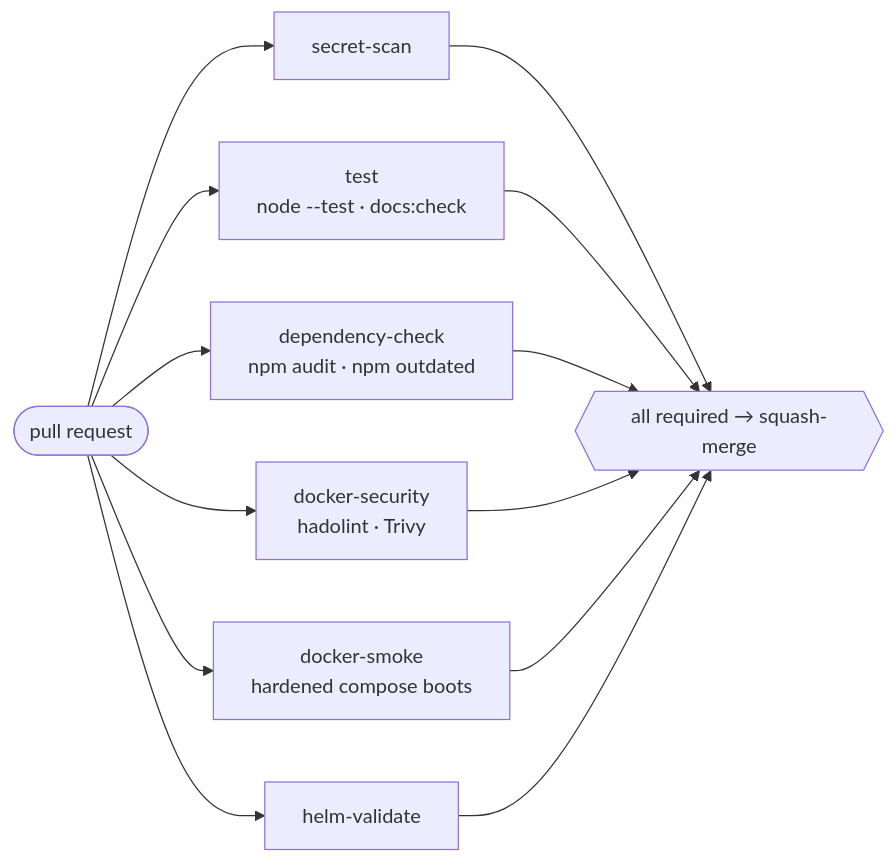
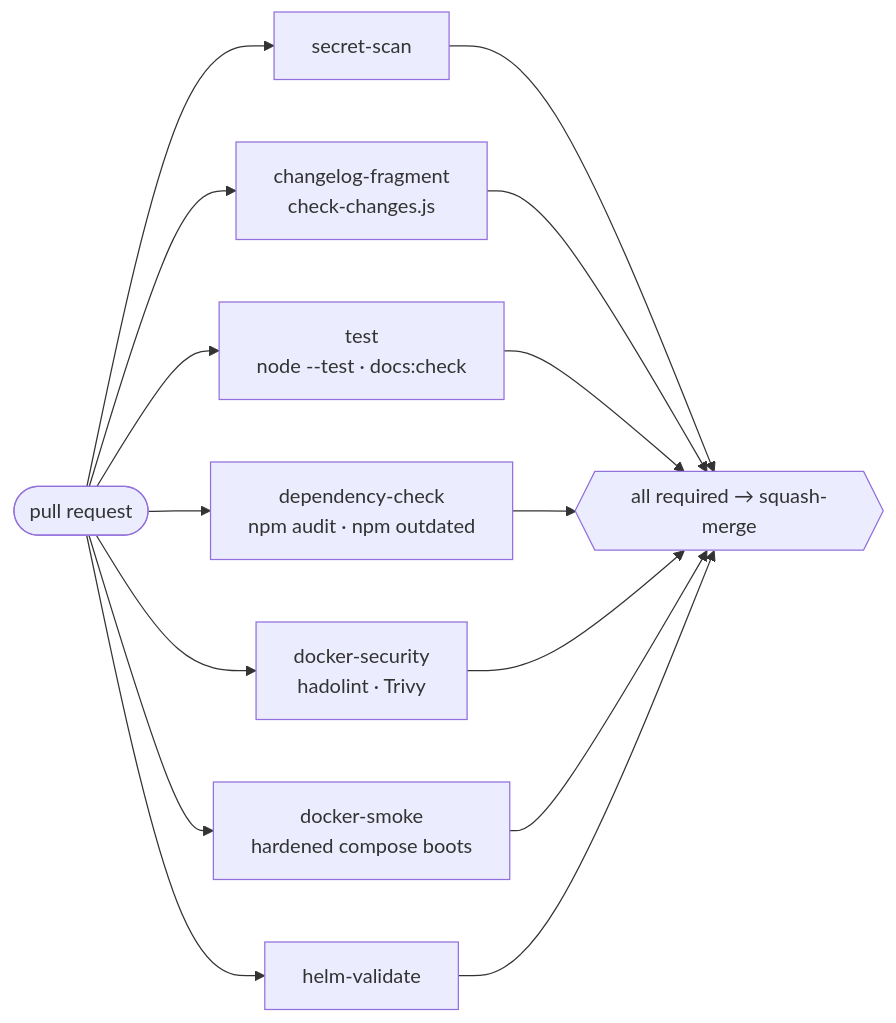
The second of 2 diagrams in docs/developer/contributing.md (floriandeutsch89/pikdame-local), drawn with Mermaid before and after one commit. The commit also changed other lines of this file and 22 other files, not shown here.

````diff
--- a/docs/developer/contributing.md
+++ b/docs/developer/contributing.md
@@ -28,10 +57,11 @@
 ```mermaid
 flowchart LR
   PR([pull request]) --> S["secret-scan"]
+  PR --> C["changelog-fragment<br/>check-changes.js"]
   PR --> T["test<br/>node --test · docs:check"]
   PR --> D["dependency-check<br/>npm audit · npm outdated"]
   PR --> DS["docker-security<br/>hadolint · Trivy"]
   PR --> DK["docker-smoke<br/>hardened compose boots"]
   PR --> H["helm-validate"]
-  S & T & D & DS & DK & H --> M{{"all required → squash-merge"}}
+  S & C & T & D & DS & DK & H --> M{{"all required → squash-merge"}}
 ```
````
